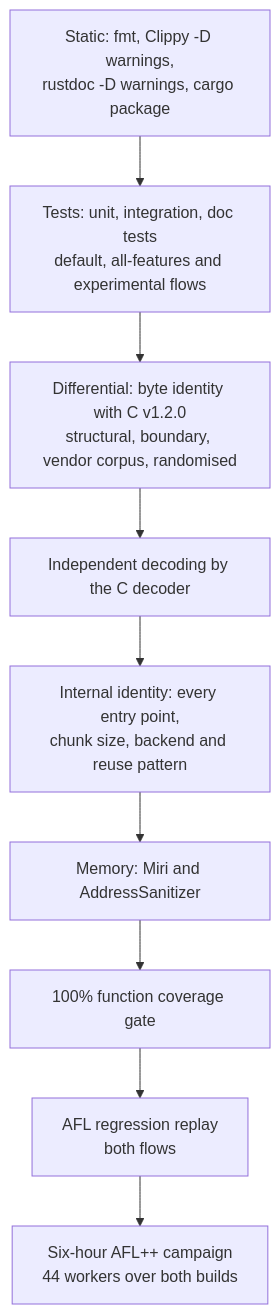
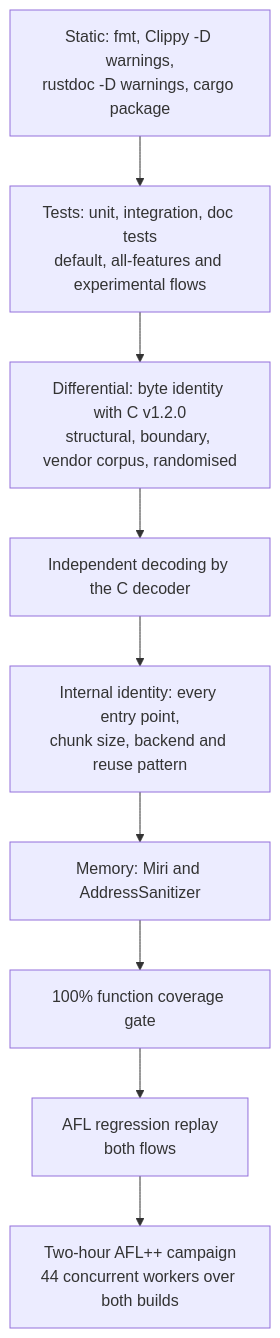
Before and after one commit to Mnwa/mbrotli: the diagram in docs/correctness.md, drawn with Mermaid. The commit also changed other lines of this file and 22 other files, not shown here.

````diff
--- a/docs/correctness.md
+++ b/docs/correctness.md
@@ -29,12 +29,12 @@
 ```mermaid
 flowchart TD
     Static["Static: fmt, Clippy -D warnings,<br/>rustdoc -D warnings, cargo package"] --> Tests
     Tests["Tests: unit, integration, doc tests<br/>default, all-features and experimental flows"] --> Diff
     Diff["Differential: byte identity with C v1.2.0<br/>structural, boundary, vendor corpus, randomised"] --> Decode
     Decode["Independent decoding by the C decoder"] --> Internal
     Internal["Internal identity: every entry point,<br/>chunk size, backend and reuse pattern"] --> Memory
     Memory["Memory: Miri and AddressSanitizer"] --> Coverage
     Coverage["100% function coverage gate"] --> Replay
     Replay["AFL regression replay<br/>both flows"] --> Campaign
-    Campaign["Six-hour AFL++ campaign<br/>44 workers over both builds"]
+    Campaign["Two-hour AFL++ campaign<br/>44 concurrent workers over both builds"]
 ```
````
